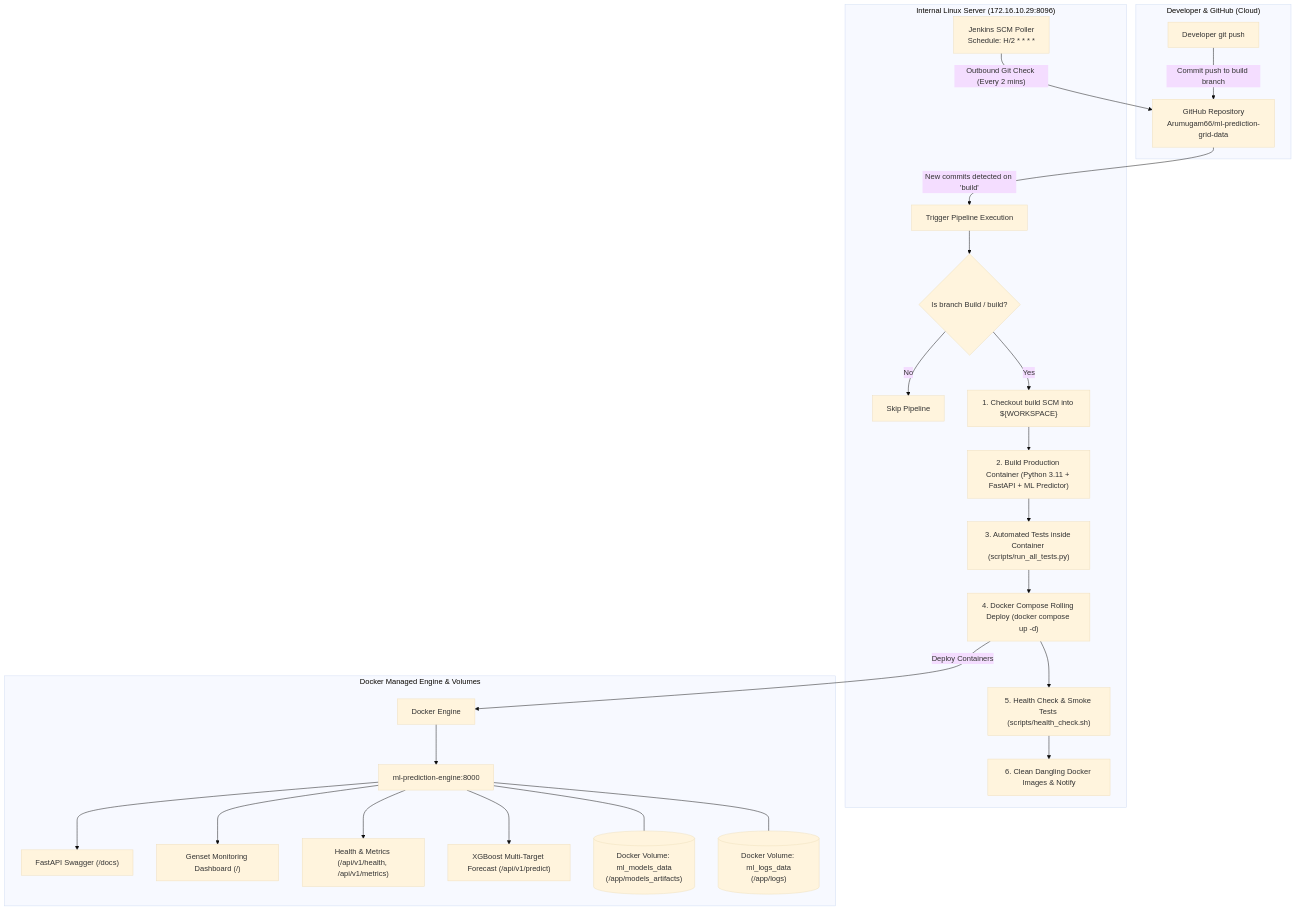
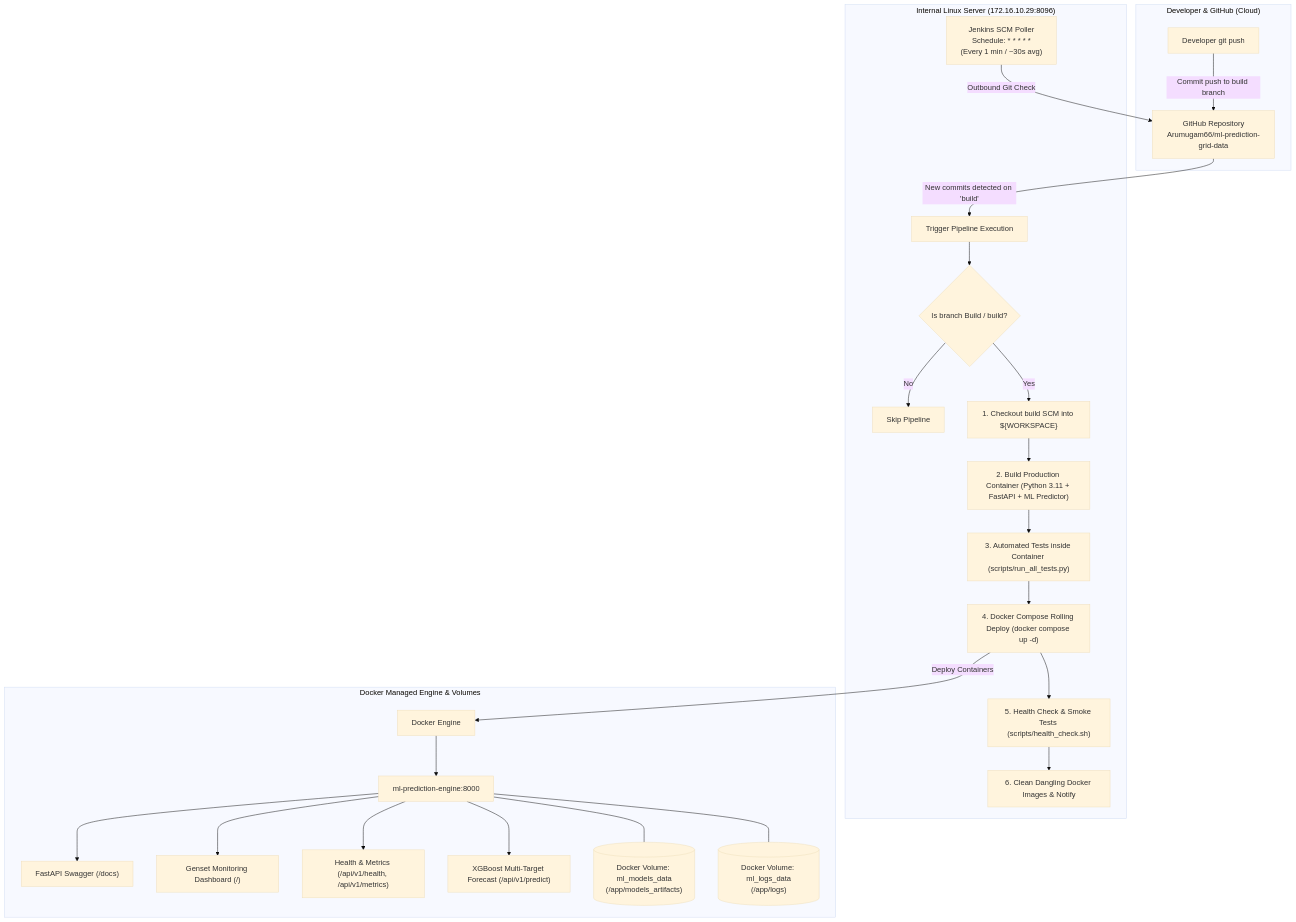
The diagram in LINUX_JENKINS_DEPLOYMENT_PLAN.md (Arumugam66/ml-prediction-grid-data), drawn with Mermaid (base theme) before and after one commit. The commit also changed other lines of this file and 1 other file, not shown here.

Commit message:
perf(ci): reduce SCM polling interval to 1 minute (* * * * *) for ~30s turnaround

````diff
--- a/LINUX_JENKINS_DEPLOYMENT_PLAN.md
+++ b/LINUX_JENKINS_DEPLOYMENT_PLAN.md
@@ -15,32 +15,32 @@
 ```mermaid
 flowchart TD
     subgraph DEV_GH ["Developer & GitHub (Cloud)"]
         DEV["Developer git push"] -->|"Commit push to build branch"| GH["GitHub Repository<br/>Arumugam66/ml-prediction-grid-data"]
     end
 
     subgraph JNK_SVR ["Internal Linux Server (172.16.10.29:8096)"]
-        POLL["Jenkins SCM Poller<br/>Schedule: H/2 * * * *"] -->|"Outbound Git Check (Every 2 mins)"| GH
+        POLL["Jenkins SCM Poller<br/>Schedule: * * * * *<br/>(Every 1 min / ~30s avg)"] -->|"Outbound Git Check"| GH
         GH -->|"New commits detected on 'build'"| TRIGGER["Trigger Pipeline Execution"]
         
         TRIGGER --> CHK_BR{"Is branch Build / build?"}
         CHK_BR -- "No" --> SKIP["Skip Pipeline"]
         CHK_BR -- "Yes" --> STG1["1. Checkout build SCM into ${WORKSPACE}"]
         STG1 --> STG2["2. Build Production Container (Python 3.11 + FastAPI + ML Predictor)"]
         STG2 --> STG3["3. Automated Tests inside Container (scripts/run_all_tests.py)"]
         STG3 --> STG4["4. Docker Compose Rolling Deploy (docker compose up -d)"]
         STG4 --> STG5["5. Health Check & Smoke Tests (scripts/health_check.sh)"]
         STG5 --> STG6["6. Clean Dangling Docker Images & Notify"]
     end
 
     subgraph DOCKER_STACK ["Docker Managed Engine & Volumes"]
         STG4 -->|"Deploy Containers"| DOCKER["Docker Engine"]
         DOCKER --> ML_CONTAINER["ml-prediction-engine:8000"]
         ML_CONTAINER --> API_DOCS["FastAPI Swagger (/docs)"]
         ML_CONTAINER --> DASHBOARD["Genset Monitoring Dashboard (/)"]
         ML_CONTAINER --> HEALTH_EP["Health & Metrics (/api/v1/health, /api/v1/metrics)"]
         ML_CONTAINER --> PREDICT_EP["XGBoost Multi-Target Forecast (/api/v1/predict)"]
         
         ML_CONTAINER --- VOL_MODELS[("Docker Volume: ml_models_data<br/>(/app/models_artifacts)")]
         ML_CONTAINER --- VOL_LOGS[("Docker Volume: ml_logs_data<br/>(/app/logs)")]
     end
 ```
````
